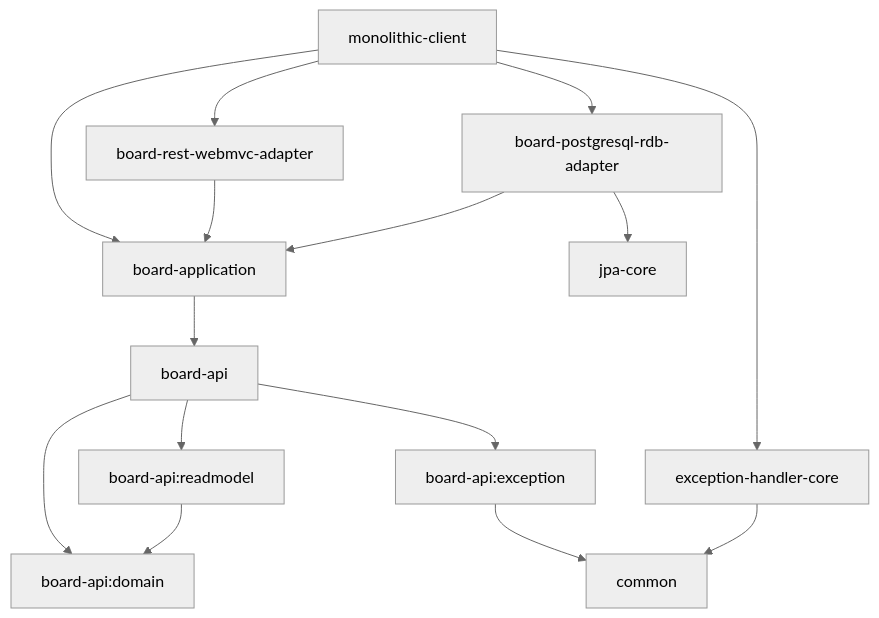
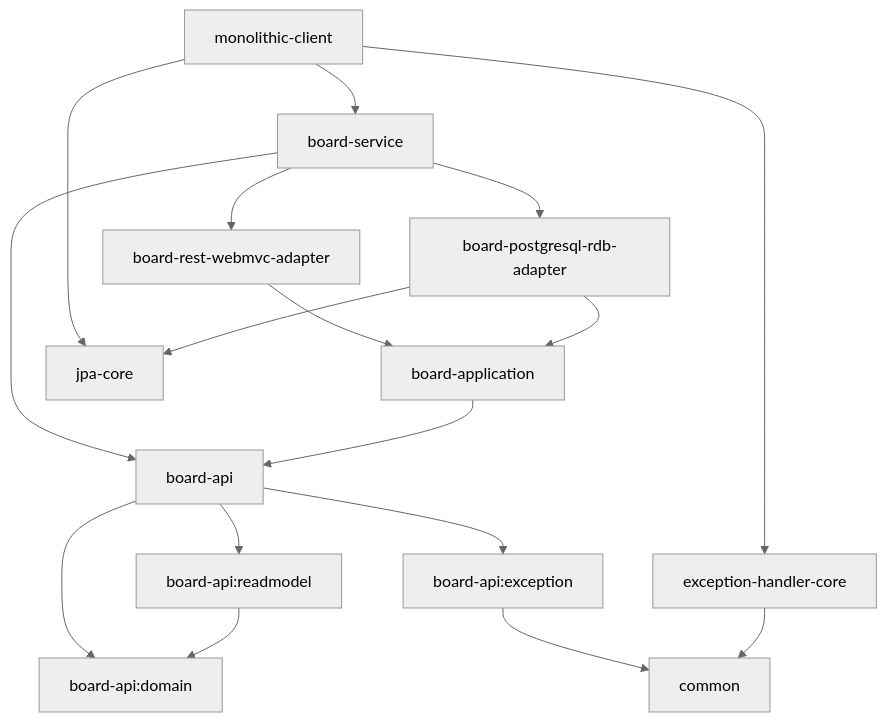
One commit to silberbullet/blolet-multi-module-example changed the diagram in README.md. Above: the diagram before and after it, drawn with Mermaid (neutral theme). The commit also changed 1 other file, not shown here.

````diff
--- a/README.md
+++ b/README.md
@@ -32,23 +32,26 @@
 ```mermaid
 graph TD;
     exception-handler-core --> common;
     board-api:exception --> common;
     
     board-api:readmodel --> board-api:domain;
     
     board-api --> board-api:domain;
     board-api --> board-api:exception;
     board-api --> board-api:readmodel;
     
     board-application --> board-api;
     
     board-postgresql-rdb-adapter --> jpa-core;
     board-postgresql-rdb-adapter --> board-application;
+    
+    board-rest-webmvc-adapter  --> board-application;
+        
+    board-service --> board-api 
+    board-service --> board-postgresql-rdb-adapter
+    board-service --> board-rest-webmvc-adapter 
 
-    board-rest-webmvc-adapter  --> board-application;
-
-    monolithic-client --> board-application;
-    monolithic-client --> board-postgresql-rdb-adapter
-    monolithic-client --> board-rest-webmvc-adapter 
+    monolithic-client --> board-service 
     monolithic-client --> exception-handler-core 
+    monolithic-client --> jpa-core
 ```
````
